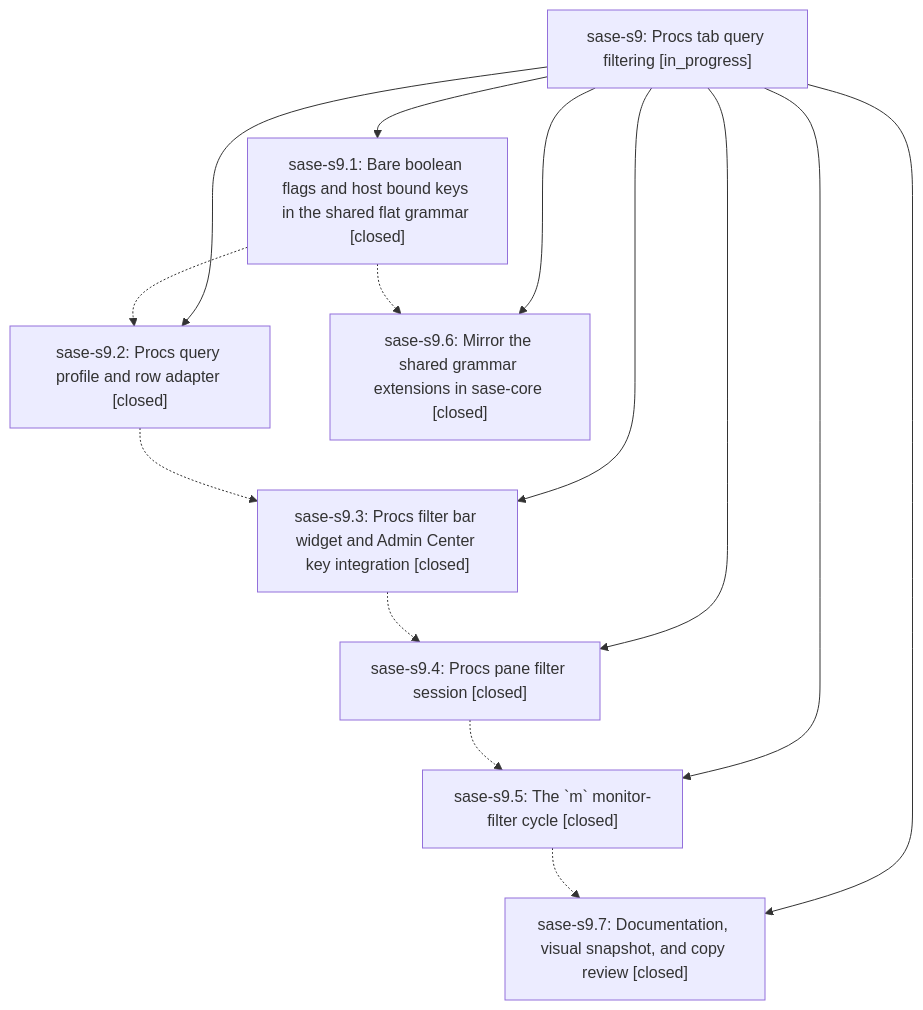
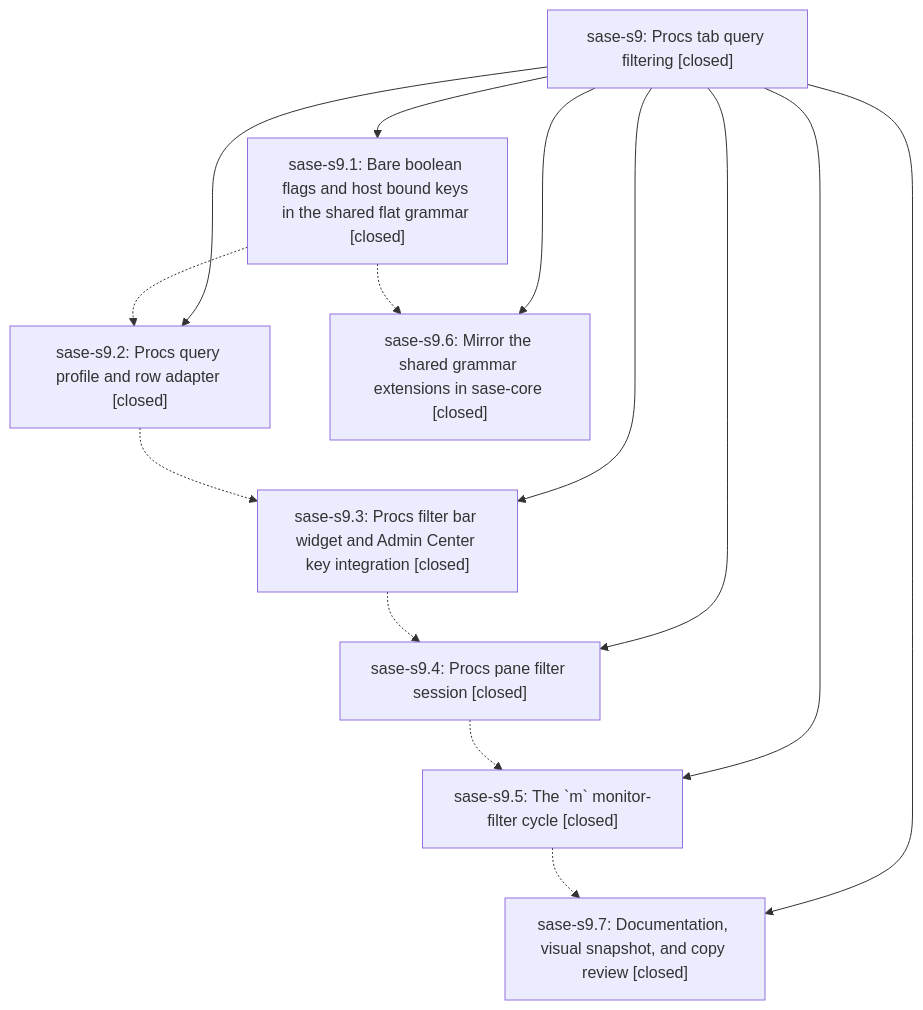
The diagram in pages/sase-s9/README.md (sase-org/sase--beads), drawn with Mermaid before and after one commit. The commit also changed other lines of this file, not shown here.

First line of the commit message:
chore(beads): sync bead state and pages for sase-s9

````diff
--- a/pages/sase-s9/README.md
+++ b/pages/sase-s9/README.md
@@ -48,24 +160,24 @@
 ```mermaid
 flowchart TD
-    n0["sase-s9: Procs tab query filtering [in_progress]"]
+    n0["sase-s9: Procs tab query filtering [closed]"]
     n1["sase-s9.1: Bare boolean flags and host bound keys in the shared flat grammar [closed]"]
     n2["sase-s9.2: Procs query profile and row adapter [closed]"]
     n3["sase-s9.3: Procs filter bar widget and Admin Center key integration [closed]"]
     n4["sase-s9.4: Procs pane filter session [closed]"]
     n5["sase-s9.5: The `m` monitor-filter cycle [closed]"]
     n6["sase-s9.6: Mirror the shared grammar extensions in sase-core [closed]"]
     n7["sase-s9.7: Documentation, visual snapshot, and copy review [closed]"]
     n0 --> n1
     n0 --> n2
     n0 --> n3
     n0 --> n4
     n0 --> n5
     n0 --> n6
     n0 --> n7
     n1 -.-> n2
     n1 -.-> n6
     n2 -.-> n3
     n3 -.-> n4
     n4 -.-> n5
     n5 -.-> n7
 ```
````
